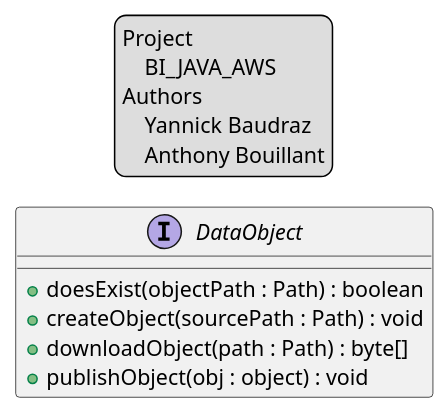
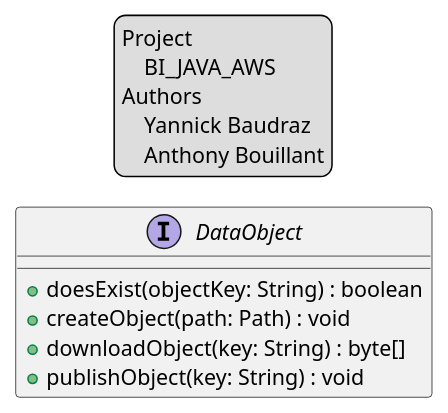
One commit to CPNV-ES-BI/BI_JAVA_AWS changed the diagram in doc/DataObject.puml. Above: the diagram before and after it, drawn with PlantUML. The commit also changed 3 other files, not shown here.

First line of the commit message:
Add code for publish object

```diff
--- a/doc/DataObject.puml
+++ b/doc/DataObject.puml
@@ -1,19 +1,19 @@
 @startuml
 'https://plantuml.com/class-diagram
 
 legend top
     Project
         BI_JAVA_AWS
     Authors
         Yannick Baudraz
         Anthony Bouillant
 endlegend
 
 interface DataObject {
-    + doesExist(objectPath : Path) : boolean
-    + createObject(sourcePath : Path) : void
-    + downloadObject(path : Path) : byte[]
-    + publishObject(obj : object) : void
+    + doesExist(objectKey: String) : boolean
+    + createObject(path: Path) : void
+    + downloadObject(key: String) : byte[]
+    + publishObject(key: String) : void
 }
 
 @enduml
```
